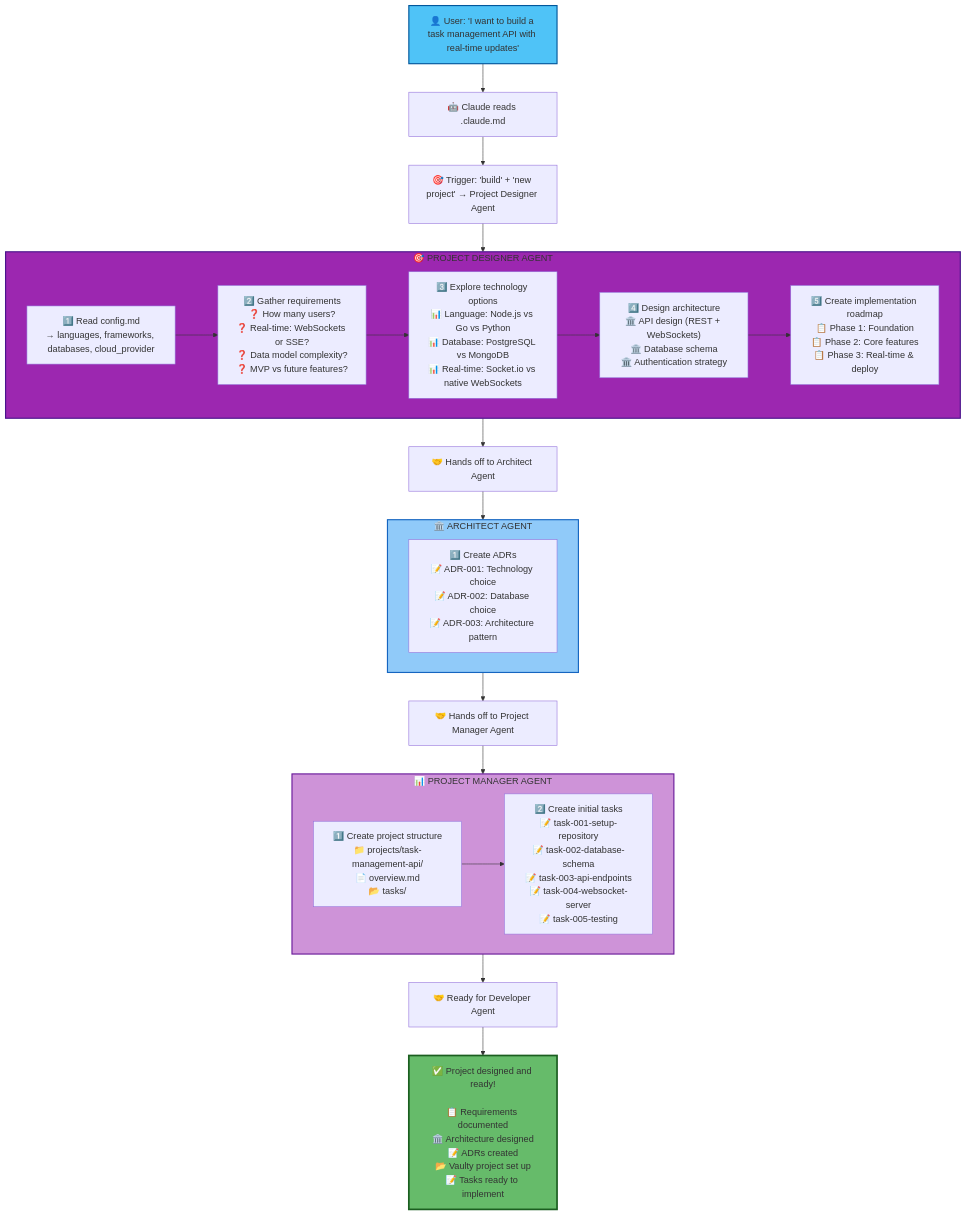
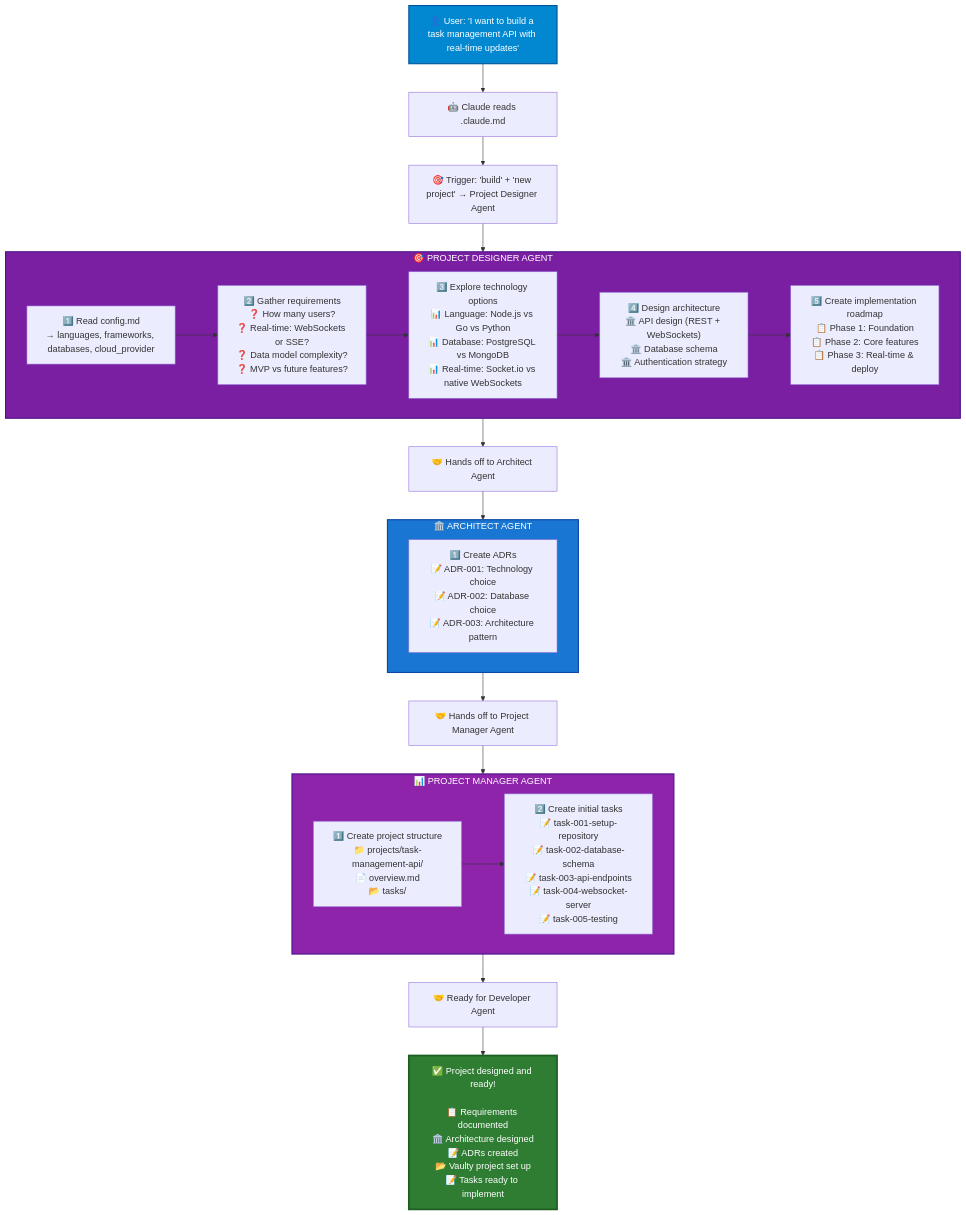
One commit to rhwendt/vaulty changed the eighth of 9 diagrams in INTERACTION-DIAGRAM.md. Above: the diagram before and after it, drawn with Mermaid. The commit also changed other lines of this file and 2 other files, not shown here.

````diff
--- a/INTERACTION-DIAGRAM.md
+++ b/INTERACTION-DIAGRAM.md
@@ -336,45 +336,45 @@
 ```mermaid
 flowchart TD
     User["👤 User: 'I want to build a task management API with real-time updates'"]
     Read["🤖 Claude reads .claude.md"]
     Trigger["🎯 Trigger: 'build' + 'new project' → Project Designer Agent"]
 
     subgraph ProjDesignAgent["🎯 PROJECT DESIGNER AGENT"]
         PD1["1️⃣ Read config.md<br/>→ languages, frameworks, databases, cloud_provider"]
         PD2["2️⃣ Gather requirements<br/>❓ How many users?<br/>❓ Real-time: WebSockets or SSE?<br/>❓ Data model complexity?<br/>❓ MVP vs future features?"]
         PD3["3️⃣ Explore technology options<br/>📊 Language: Node.js vs Go vs Python<br/>📊 Database: PostgreSQL vs MongoDB<br/>📊 Real-time: Socket.io vs native WebSockets"]
         PD4["4️⃣ Design architecture<br/>🏛️ API design (REST + WebSockets)<br/>🏛️ Database schema<br/>🏛️ Authentication strategy"]
         PD5["5️⃣ Create implementation roadmap<br/>📋 Phase 1: Foundation<br/>📋 Phase 2: Core features<br/>📋 Phase 3: Real-time & deploy"]
         PD1 --> PD2 --> PD3 --> PD4 --> PD5
     end
 
     Handoff1["🤝 Hands off to Architect Agent"]
 
     subgraph ArchAgent["🏛️ ARCHITECT AGENT"]
         ARCH1["1️⃣ Create ADRs<br/>📝 ADR-001: Technology choice<br/>📝 ADR-002: Database choice<br/>📝 ADR-003: Architecture pattern"]
         ARCH1
     end
 
     Handoff2["🤝 Hands off to Project Manager Agent"]
 
     subgraph PMAgent["📊 PROJECT MANAGER AGENT"]
         PM1["1️⃣ Create project structure<br/>📁 projects/task-management-api/<br/>📄 overview.md<br/>📂 tasks/"]
         PM2["2️⃣ Create initial tasks<br/>📝 task-001-setup-repository<br/>📝 task-002-database-schema<br/>📝 task-003-api-endpoints<br/>📝 task-004-websocket-server<br/>📝 task-005-testing"]
         PM1 --> PM2
     end
 
     Handoff3["🤝 Ready for Developer Agent"]
 
     Done["✅ Project designed and ready!<br/><br/>📋 Requirements documented<br/>🏛️ Architecture designed<br/>📝 ADRs created<br/>📂 Vaulty project set up<br/>📝 Tasks ready to implement"]
 
     User --> Read --> Trigger --> ProjDesignAgent
     ProjDesignAgent --> Handoff1 --> ArchAgent
     ArchAgent --> Handoff2 --> PMAgent
     PMAgent --> Handoff3 --> Done
 
-    style User fill:#4fc3f7,stroke:#01579b,stroke-width:2px
-    style ProjDesignAgent fill:#9c27b0,stroke:#4a148c,stroke-width:2px
-    style ArchAgent fill:#90caf9,stroke:#1565c0,stroke-width:2px
-    style PMAgent fill:#ce93d8,stroke:#6a1b9a,stroke-width:2px
-    style Done fill:#66bb6a,stroke:#1b5e20,stroke-width:3px
+    style User fill:#0288d1,stroke:#01579b,color:#fff,stroke-width:2px
+    style ProjDesignAgent fill:#7b1fa2,stroke:#4a148c,color:#fff,stroke-width:2px
+    style ArchAgent fill:#1976d2,stroke:#0d47a1,color:#fff,stroke-width:2px
+    style PMAgent fill:#8e24aa,stroke:#4a148c,color:#fff,stroke-width:2px
+    style Done fill:#2e7d32,stroke:#1b5e20,color:#fff,stroke-width:3px
 ```
````
